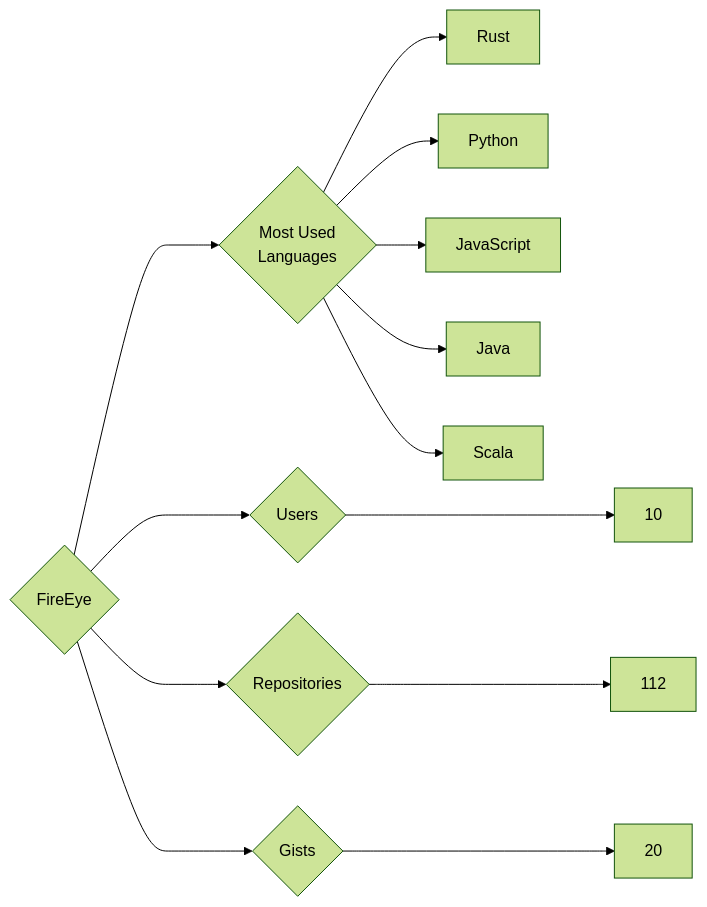
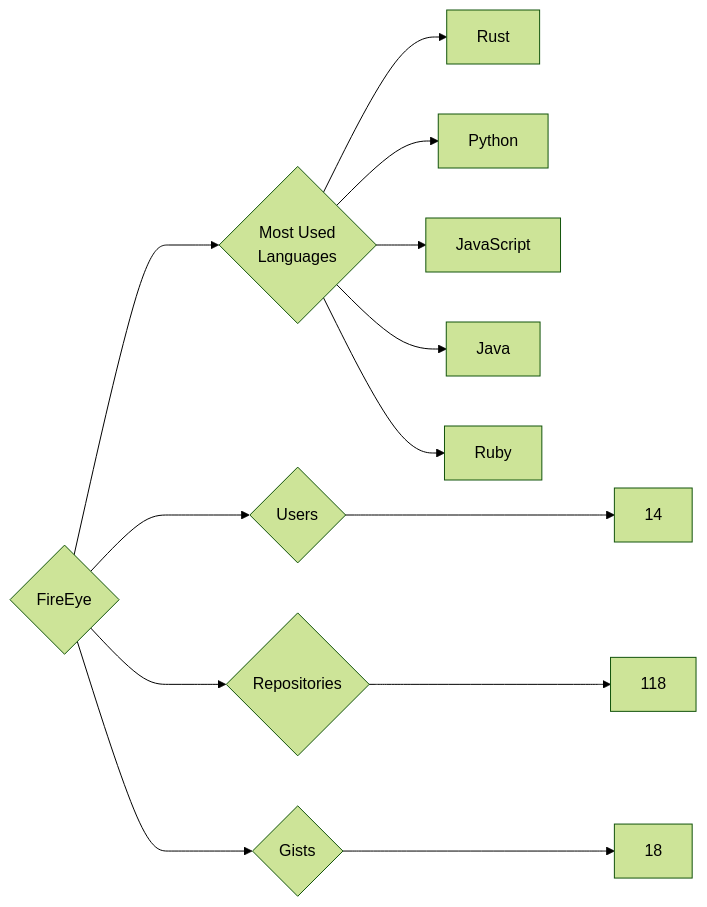
The diagram in targets/FireEye/README.md (trickest/insiders), drawn with Mermaid (forest theme) before and after one commit. The commit also changed 934 other files, not shown here.

````diff
--- a/targets/FireEye/README.md
+++ b/targets/FireEye/README.md
@@ -3,13 +3,13 @@
 ```mermaid
 graph LR
 COMPANY_NAME{FireEye}
-COMPANY_NAME ---> U{Users} ---> UN[10]
-COMPANY_NAME ---> R{Repositories} ---> RN[112]
-COMPANY_NAME ---> G{Gists} ---> GN[20]
+COMPANY_NAME ---> U{Users} ---> UN[14]
+COMPANY_NAME ---> R{Repositories} ---> RN[118]
+COMPANY_NAME ---> G{Gists} ---> GN[18]
 COMPANY_NAME ---> ML{Most Used<br>Languages}
 ML --> Rust[Rust]
 ML --> Python[Python]
 ML --> JavaScript[JavaScript]
 ML --> Java[Java]
-ML --> Scala[Scala]
+ML --> Ruby[Ruby]
 ```
````
